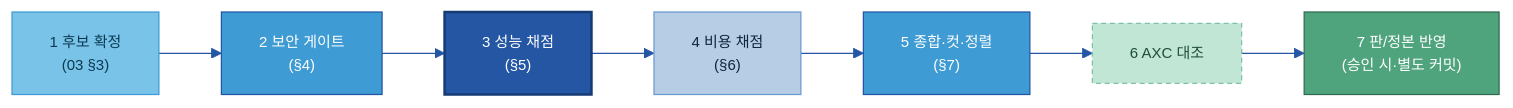
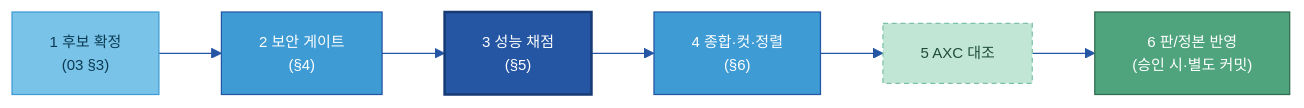
Before and after one commit to jin-kearney/ai-ready-data-manual: the sixth of 6 diagrams in Tech Player/04 Player 평가 실행안 (조사·보안·성능·비용·추천).md, drawn with Mermaid. The commit also changed other lines of this file and 3 other files, not shown here.

````diff
--- a/Tech Player/04 Player 평가 실행안 (조사·보안·성능·비용·추천).md
+++ b/Tech Player/04 Player 평가 실행안 (조사·보안·성능·비용·추천).md
@@ -271,16 +257,15 @@
 ```mermaid
 %%{init: {'theme':'base','themeVariables':{'primaryColor':'#DCE8F5','primaryBorderColor':'#2456A4','primaryTextColor':'#10243f','lineColor':'#2456A4','fontSize':'12px'}}}%%
 flowchart LR
     T1["1 후보 확정<br/>(03 §3)"]:::src --> T2["2 보안 게이트<br/>(§4)"]:::gate
     T2 --> T3["3 성능 채점<br/>(§5)"]:::cat
-    T3 --> T4["4 비용 채점<br/>(§6)"]:::n
-    T4 --> T5["5 종합·컷·정렬<br/>(§7)"]:::gate
-    T5 --> T6["6 AXC 대조"]:::cross
-    T6 --> T7["7 판/정본 반영<br/>(승인 시·별도 커밋)"]:::loop
+    T3 --> T5["4 종합·컷·정렬<br/>(§6)"]:::gate
+    T5 --> T6["5 AXC 대조"]:::cross
+    T6 --> T7["6 판/정본 반영<br/>(승인 시·별도 커밋)"]:::loop
     classDef n fill:#B7CDE6,stroke:#6B9AD1,color:#10243f;
     classDef src fill:#79C3E8,stroke:#3F9BD4,color:#0b3a52;
     classDef cat fill:#2456A4,color:#fff,stroke:#163a73,stroke-width:2px;
     classDef gate fill:#3F9BD4,stroke:#2456A4,color:#fff;
     classDef loop fill:#4FA47D,stroke:#2f6b50,color:#fff;
     classDef cross fill:#C2E6D6,stroke:#7CC2A7,color:#1f4d3a,stroke-dasharray:4 3;
 ```
````
